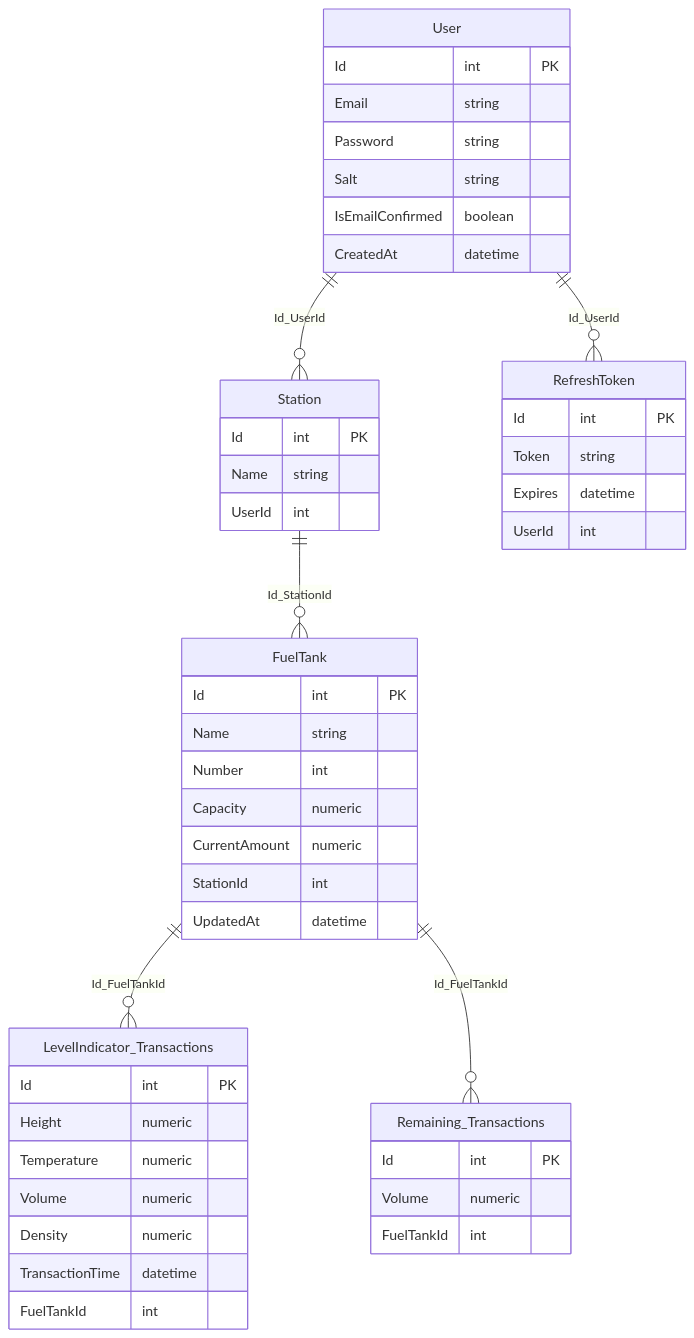
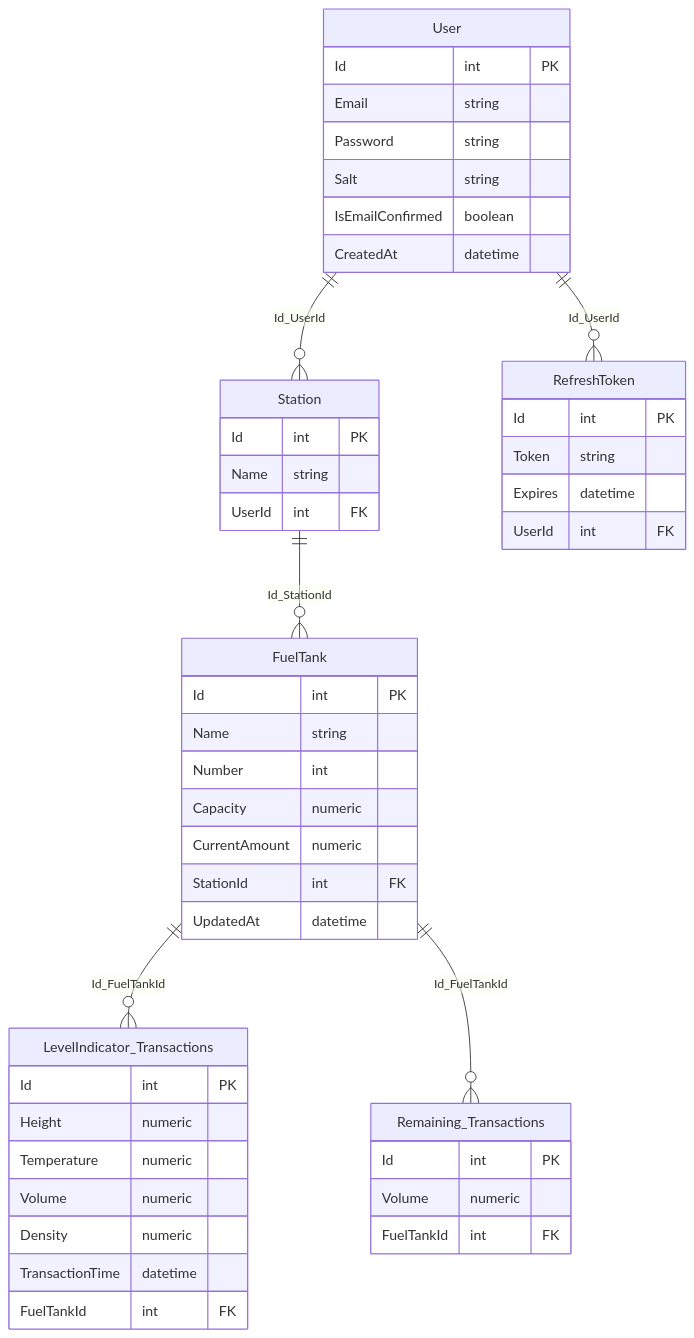
One commit to max-voronkin/Fung changed the diagram in README.md. Above: the diagram before and after it, drawn with Mermaid.

Commit message:
Added FK

````diff
--- a/README.md
+++ b/README.md
@@ -12,55 +12,55 @@
 ```mermaid
 erDiagram
 User ||--o{ Station : Id_UserId
 User ||--o{ RefreshToken : Id_UserId
 User {
   Id int PK
   Email string
   Password string
   Salt string
   IsEmailConfirmed boolean
   CreatedAt datetime
 }
 
 Station ||--o{ FuelTank : Id_StationId
 Station {
   Id int PK
   Name string
-  UserId int 
+  UserId int FK
 }
 
 FuelTank ||--o{ LevelIndicator_Transactions : Id_FuelTankId
 FuelTank ||--o{ Remaining_Transactions : Id_FuelTankId
 FuelTank {
   Id int PK
   Name string
   Number int
   Capacity numeric
   CurrentAmount numeric
-  StationId int
+  StationId int FK
   UpdatedAt datetime
 }
 
 LevelIndicator_Transactions {
   Id int PK
   Height numeric
   Temperature numeric
   Volume numeric
   Density numeric
   TransactionTime datetime
-  FuelTankId int
+  FuelTankId int FK
 }
 
 Remaining_Transactions {
   Id int PK
   Volume numeric
-  FuelTankId int
+  FuelTankId int FK
 }
 
 RefreshToken {
   Id int PK
   Token string
   Expires datetime
-  UserId int
+  UserId int FK
 }
 ```
````
